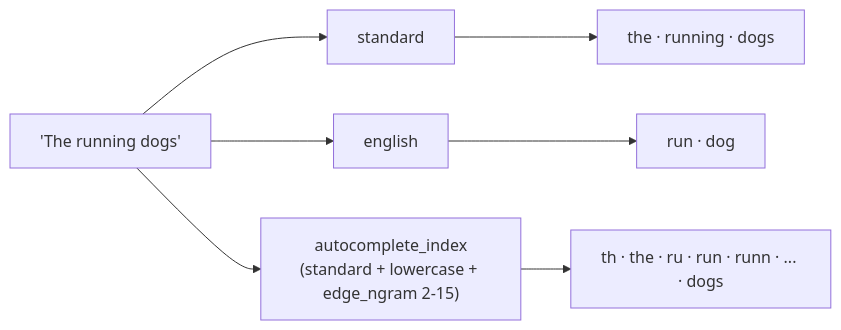
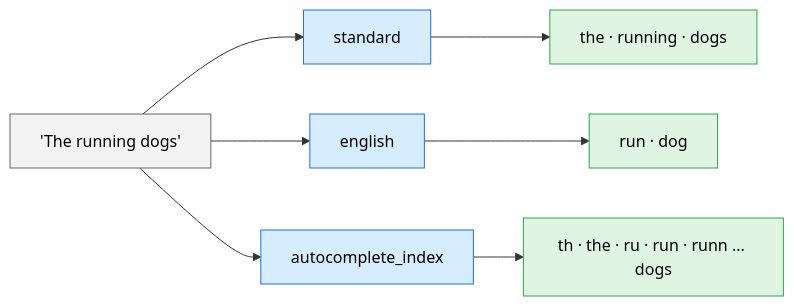
Before and after one commit to mohiadeen-ameer/opensearch-lab: the third of 6 diagrams in README.md, drawn with Mermaid. The commit also changed other lines of this file and 1 other file, not shown here.

First line of the commit message:
Add cluster architecture diagrams to INTERVIEW, simplify README diagrams

````diff
--- a/README.md
+++ b/README.md
@@ -169,6 +172,13 @@
 ```mermaid
 flowchart LR
     IN["'The running dogs'"] --> STD["standard"] --> O1["the · running · dogs"]
     IN --> ENG["english"] --> O2["run · dog"]
-    IN --> AC["autocomplete_index<br/>(standard + lowercase + edge_ngram 2-15)"] --> O3["th · the · ru · run · runn · ... · dogs"]
+    IN --> AC["autocomplete_index"] --> O3["th · the · ru · run · runn ... dogs"]
+
+    classDef in fill:#f3f3f3,stroke:#666,color:#000
+    classDef an fill:#d6ecff,stroke:#1f6feb,color:#000
+    classDef out fill:#dff5e1,stroke:#2da44e,color:#000
+    class IN in
+    class STD,ENG,AC an
+    class O1,O2,O3 out
 ```
````
